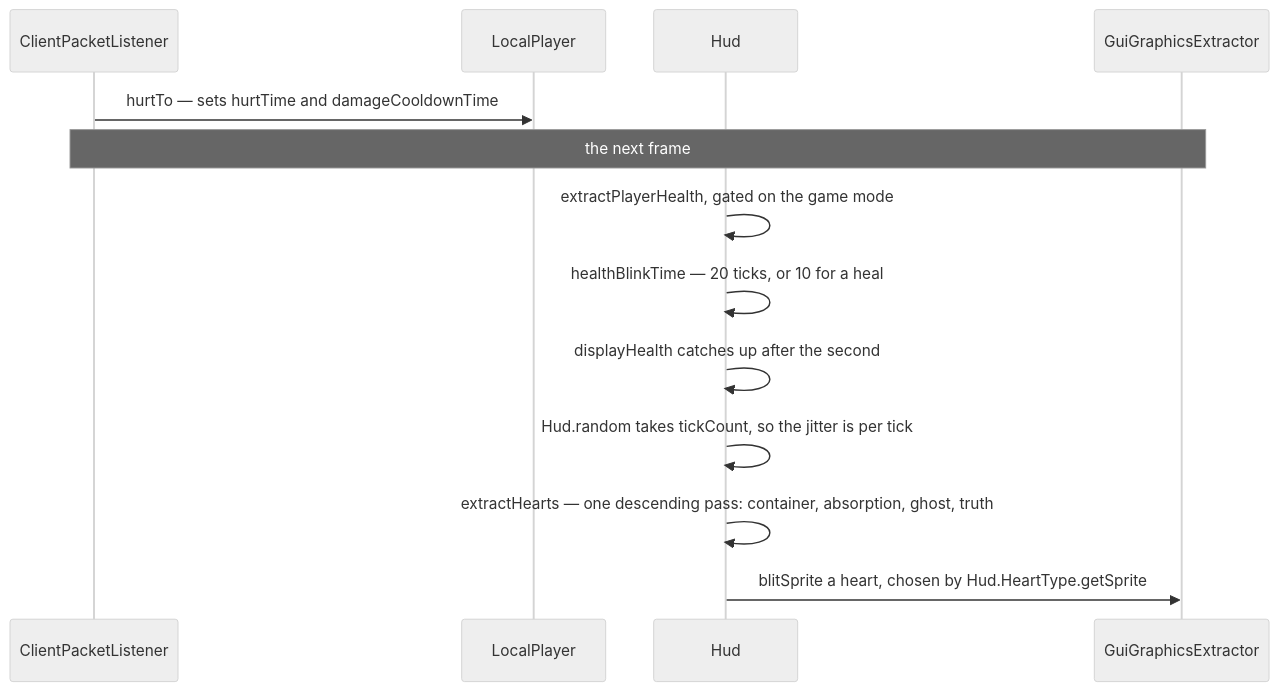
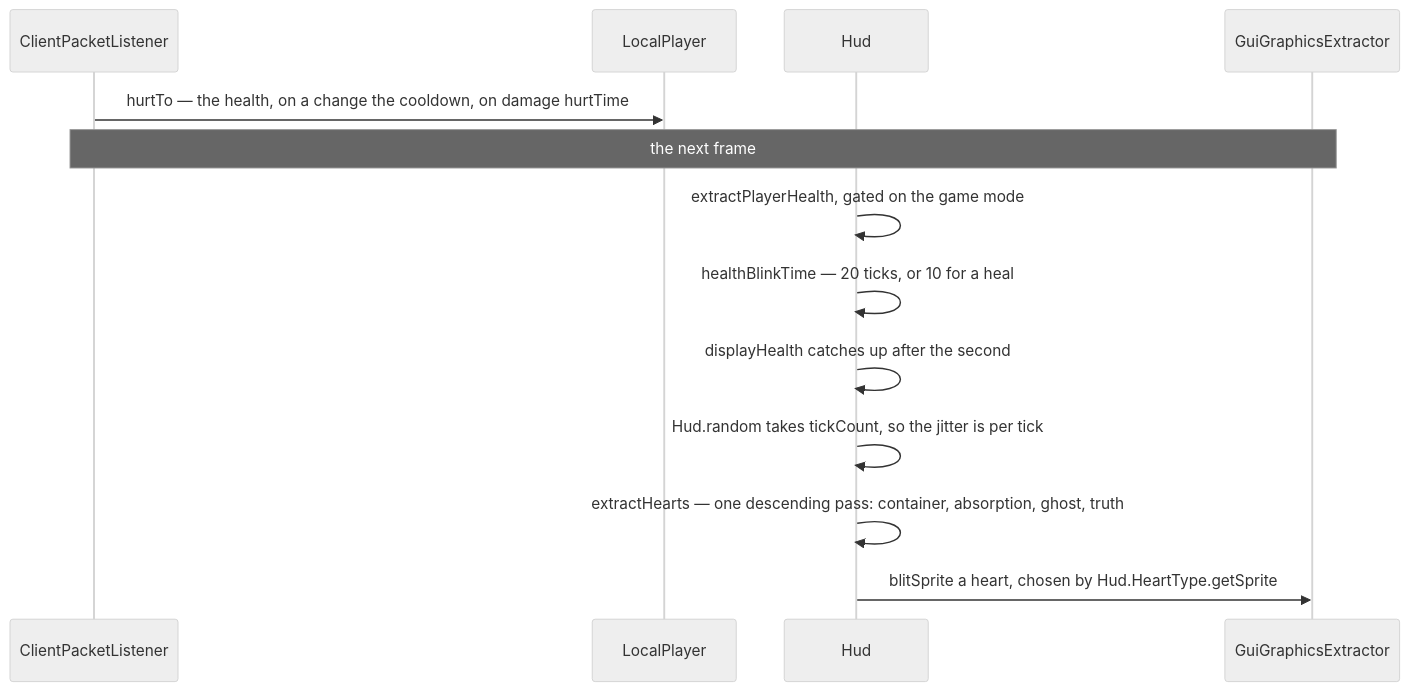
Before and after one commit to AlexanderjFraser/MinecraftDocs: the second of 2 diagrams in src/systems/client/hud.md, drawn with Mermaid (neutral theme). The commit also changed other lines of this file and 33 other files, not shown here.

````diff
--- a/src/systems/client/hud.md
+++ b/src/systems/client/hud.md
@@ -157,16 +142,16 @@
 ```mermaid
 sequenceDiagram
     participant CPL as ClientPacketListener
     participant LP as LocalPlayer
     participant Hud as Hud
     participant GGE as GuiGraphicsExtractor
 
-    CPL->>LP: hurtTo — sets hurtTime and damageCooldownTime
+    CPL->>LP: hurtTo — the health, on a change the cooldown, on damage hurtTime
     Note over CPL,GGE: the next frame
     Hud->>Hud: extractPlayerHealth, gated on the game mode
     Hud->>Hud: healthBlinkTime — 20 ticks, or 10 for a heal
     Hud->>Hud: displayHealth catches up after the second
     Hud->>Hud: Hud.random takes tickCount, so the jitter is per tick
     Hud->>Hud: extractHearts — one descending pass: container, absorption, ghost, truth
     Hud->>GGE: blitSprite a heart, chosen by Hud.HeartType.getSprite
 ```
````
